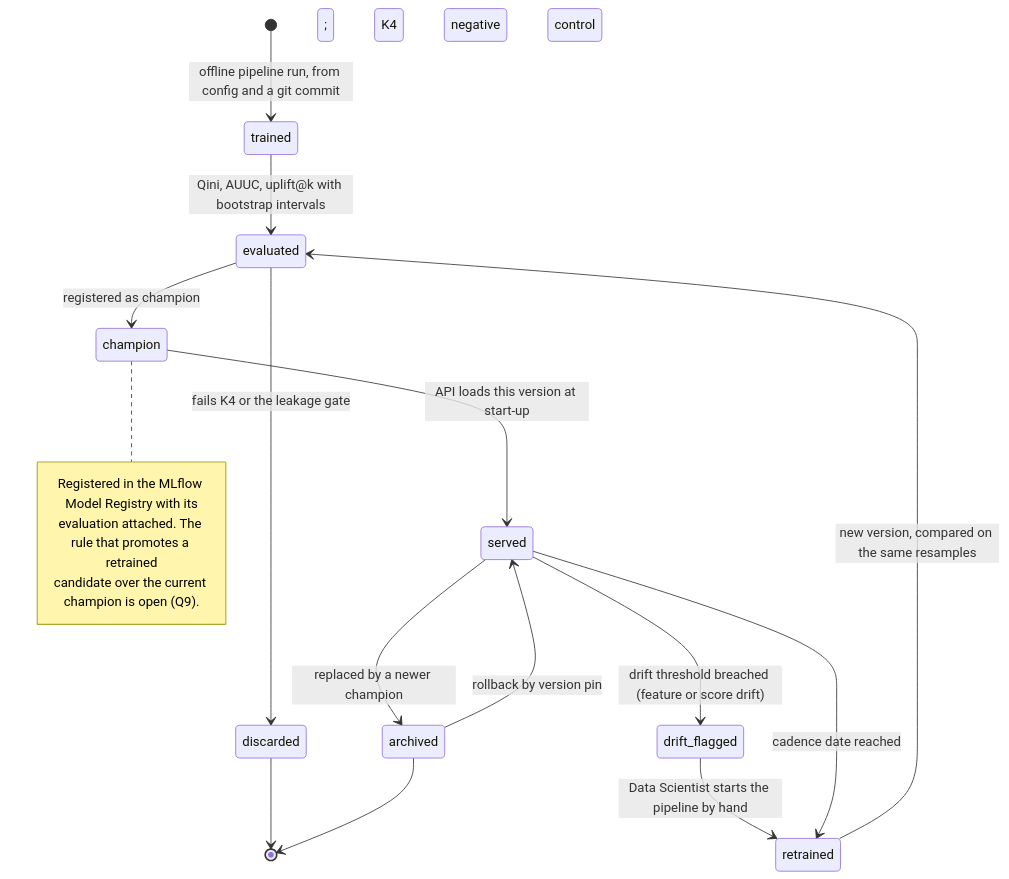
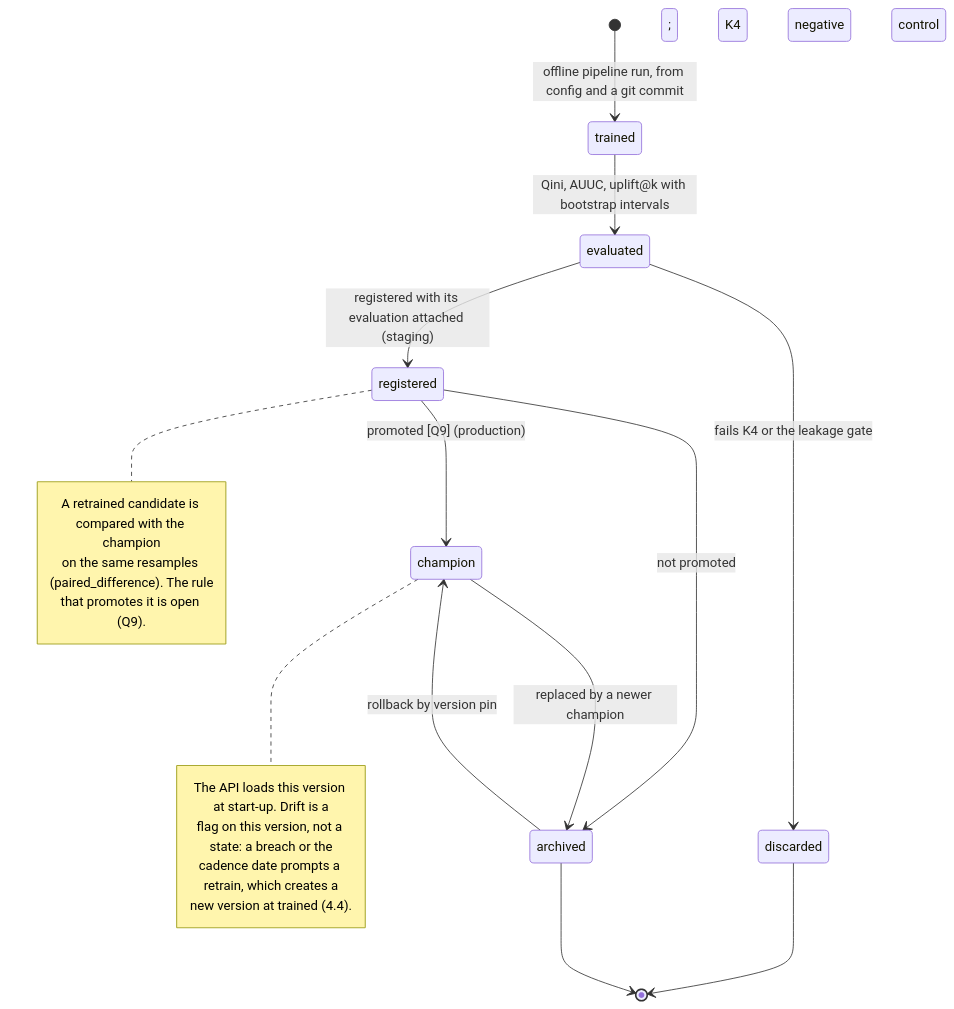
One commit to mahmoud-nadeem/netlift changed the eighth of 8 diagrams in docs/design/behaviour.md. Above: the diagram before and after it, drawn with Mermaid. The commit also changed other lines of this file, not shown here.

First line of the commit message:
T50: Address Aliaa's review: model lifecycle, campaign planning, data-side classes

````diff
--- a/docs/design/behaviour.md
+++ b/docs/design/behaviour.md
@@ -541,22 +590,25 @@
 ```mermaid
 stateDiagram-v2
     [*] --> trained : offline pipeline run, from config and a git commit
     trained --> evaluated : Qini, AUUC, uplift@k with bootstrap intervals; K4 negative control
     evaluated --> discarded : fails K4 or the leakage gate
-    evaluated --> champion : registered as champion
-    champion --> served : API loads this version at start-up
-    served --> drift_flagged : drift threshold breached (feature or score drift)
-    drift_flagged --> retrained : Data Scientist starts the pipeline by hand
-    served --> retrained : cadence date reached
-    retrained --> evaluated : new version, compared on the same resamples
-    served --> archived : replaced by a newer champion
-    archived --> served : rollback by version pin
+    evaluated --> registered : registered with its evaluation attached (staging)
+    registered --> champion : promoted [Q9] (production)
+    registered --> archived : not promoted
+    champion --> archived : replaced by a newer champion
+    archived --> champion : rollback by version pin
     discarded --> [*]
     archived --> [*]
 
+    note right of registered
+        A retrained candidate is compared with the champion
+        on the same resamples (paired_difference). The rule
+        that promotes it is open (Q9).
+    end note
     note right of champion
-        Registered in the MLflow Model Registry with its
-        evaluation attached. The rule that promotes a retrained
-        candidate over the current champion is open (Q9).
+        The API loads this version at start-up. Drift is a
+        flag on this version, not a state: a breach or the
+        cadence date prompts a retrain, which creates a
+        new version at trained (4.4).
     end note
 ```
````
